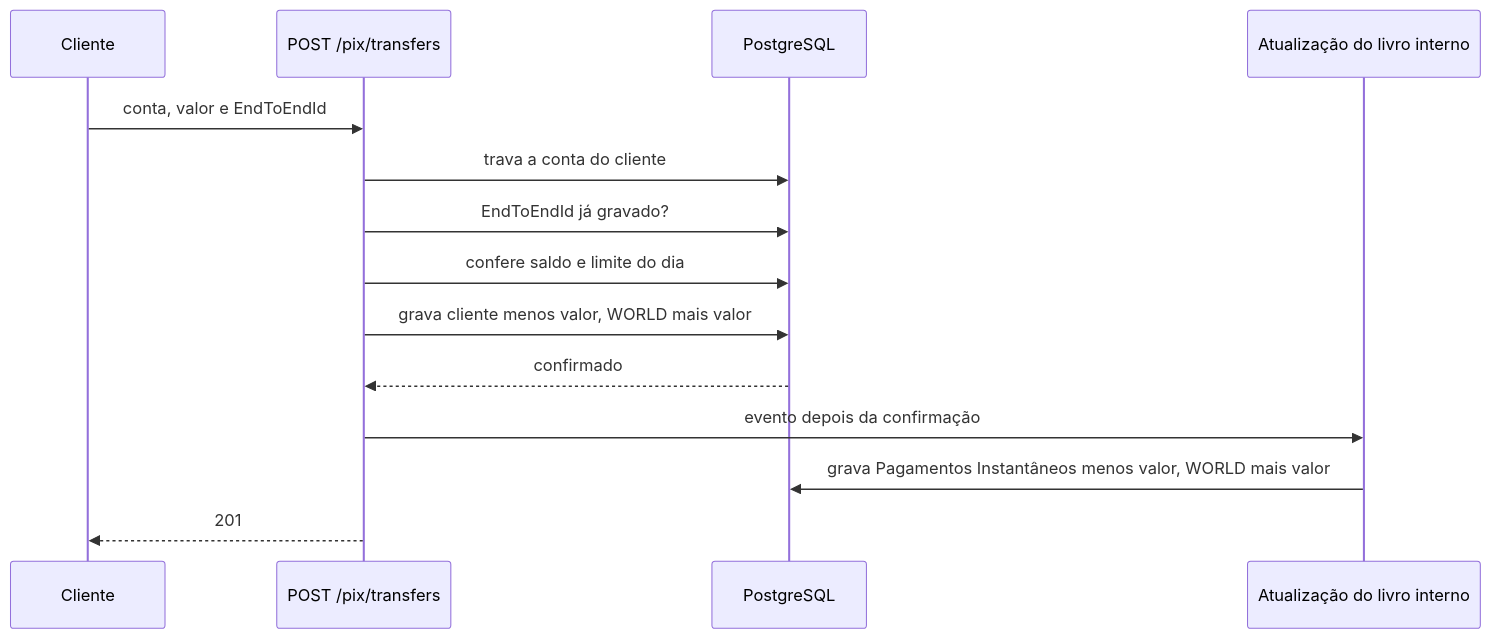
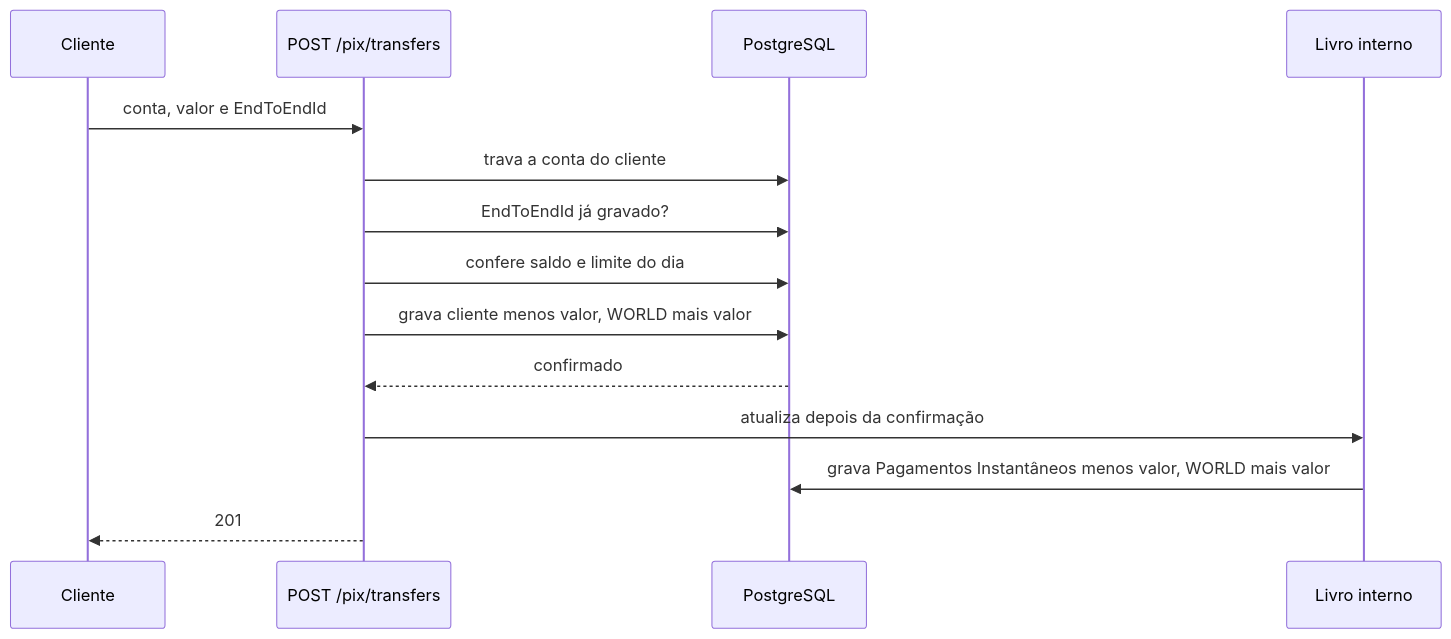
The second of 2 diagrams in ARQUITETURA.md (joaovictorf01/pix-ledger), drawn with Mermaid before and after one commit. The commit also changed other lines of this file, not shown here.

Commit message:
Rewrite architecture document in simpler language

````diff
--- a/ARQUITETURA.md
+++ b/ARQUITETURA.md
@@ -62,16 +56,16 @@
 ```mermaid
 sequenceDiagram
     participant Cliente
     participant API as POST /pix/transfers
     participant Banco as PostgreSQL
-    participant Interno as Atualização do livro interno
+    participant Interno as Livro interno
     Cliente->>API: conta, valor e EndToEndId
     API->>Banco: trava a conta do cliente
     API->>Banco: EndToEndId já gravado?
     API->>Banco: confere saldo e limite do dia
     API->>Banco: grava cliente menos valor, WORLD mais valor
     Banco-->>API: confirmado
-    API->>Interno: evento depois da confirmação
+    API->>Interno: atualiza depois da confirmação
     Interno->>Banco: grava Pagamentos Instantâneos menos valor, WORLD mais valor
     API-->>Cliente: 201
 ```
````
